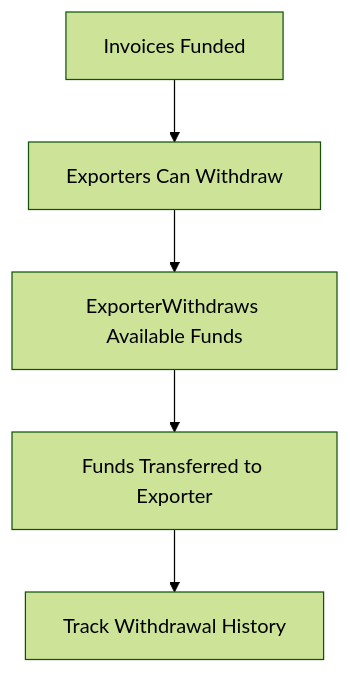
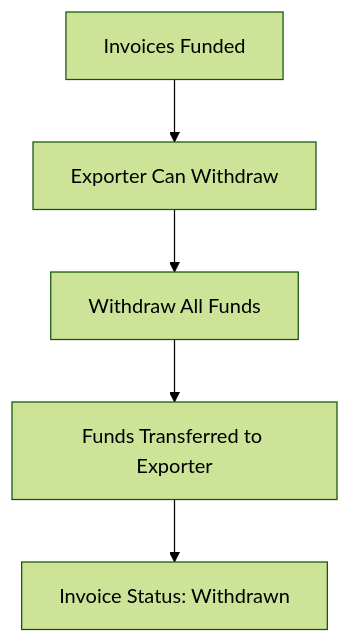
The fourth of 6 diagrams in .github/business-process-documentation.md (SEATrax/apps), drawn with Mermaid (forest theme) before and after one commit. The commit also changed other lines of this file and 3 other files, not shown here.

Commit message:
feat: migrate to unified SEATrax contract; update documentation and business process flow

````diff
--- a/.github/business-process-documentation.md
+++ b/.github/business-process-documentation.md
@@ -79,7 +76,7 @@
 ```mermaid
 graph TD
-    A[Invoices Funded] --> B[Exporters Can Withdraw]
-    B --> C[ExporterWithdraws Available Funds]
+    A[Invoices Funded] --> B[Exporter Can Withdraw]
+    B --> C[Withdraw All Funds]
     C --> D[Funds Transferred to Exporter]
-    D --> E[Track Withdrawal History]
+    D --> E[Invoice Status: Withdrawn]
 ```
````
